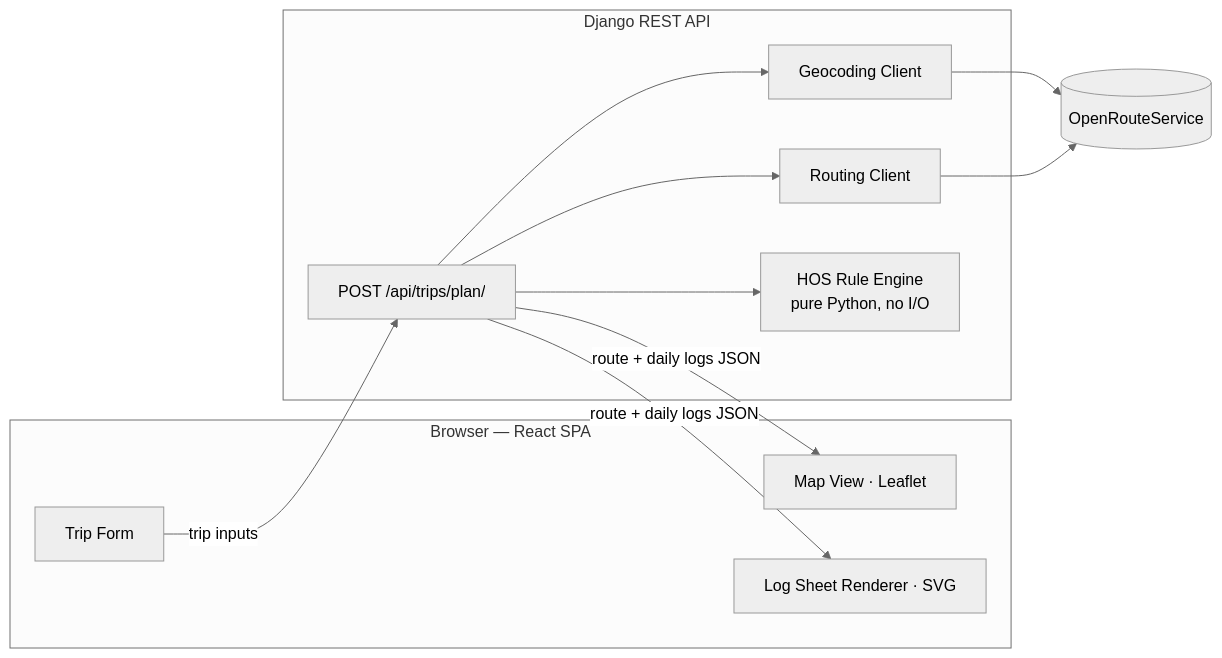
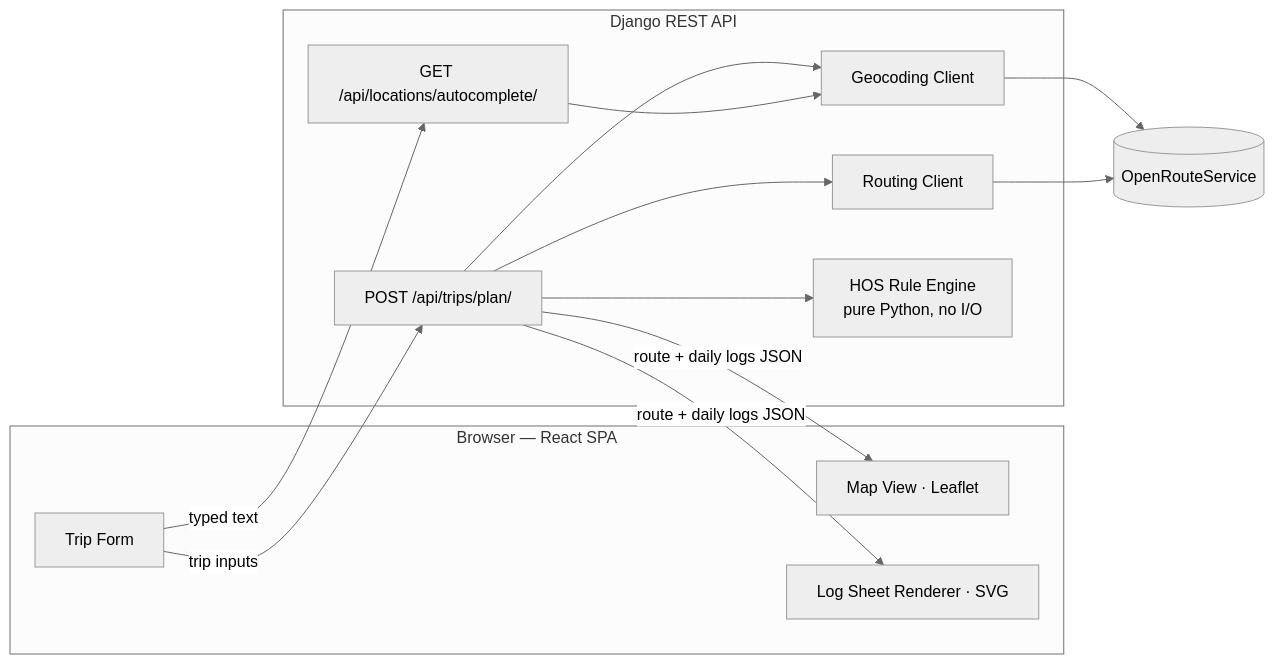
One commit to Souvik3469/Meridian changed the first of 2 diagrams in ARCHITECTURE.md. Above: the diagram before and after it, drawn with Mermaid (neutral theme). The commit also changed other lines of this file, not shown here.

First line of the commit message:
docs: restructure ARCHITECTURE.md into HLD/LLD/system design/user flow

````diff
--- a/ARCHITECTURE.md
+++ b/ARCHITECTURE.md
@@ -26,24 +59,27 @@
 ```mermaid
 flowchart LR
   subgraph Client["Browser — React SPA"]
     Form[Trip Form]
     MapView[Map View · Leaflet]
     Logs[Log Sheet Renderer · SVG]
   end
 
   subgraph Server["Django REST API"]
     API["POST /api/trips/plan/"]
+    Auto["GET /api/locations/autocomplete/"]
     Geo[Geocoding Client]
     Route[Routing Client]
     Engine["HOS Rule Engine<br/>pure Python, no I/O"]
   end
 
   ORS[(OpenRouteService)]
 
   Form -->|trip inputs| API
+  Form -->|typed text| Auto
   API --> Geo --> ORS
   API --> Route --> ORS
+  Auto --> Geo
   API --> Engine
   API -->|route + daily logs JSON| MapView
   API -->|route + daily logs JSON| Logs
 ```
````
